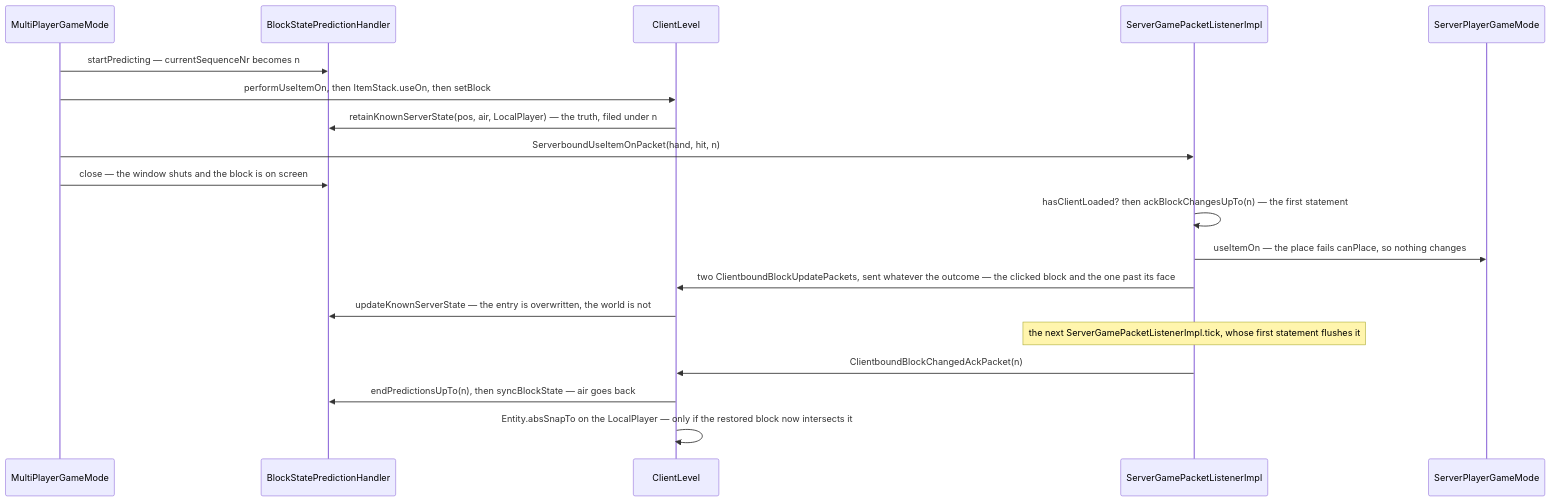
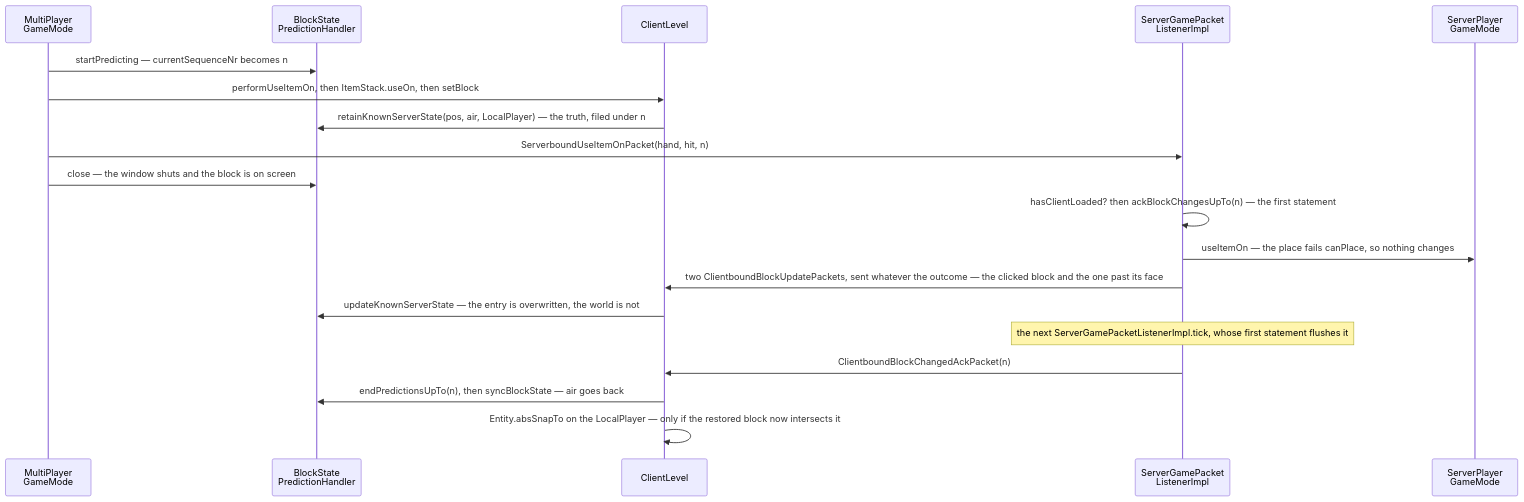
Before and after one commit to AlexanderjFraser/MinecraftDocs: the second of 2 diagrams in src/systems/client/prediction-and-acks.md, drawn with Mermaid. The commit also changed 68 other files, not shown here.

````diff
--- a/src/systems/client/prediction-and-acks.md
+++ b/src/systems/client/prediction-and-acks.md
@@ -122,22 +122,22 @@
 ```mermaid
 sequenceDiagram
-    participant MPGM as MultiPlayerGameMode
-    participant BSPH as BlockStatePredictionHandler
+    participant MPGM as MultiPlayer<br/>GameMode
+    participant BSPH as BlockState<br/>PredictionHandler
     participant CL as ClientLevel
-    participant SGPL as ServerGamePacketListenerImpl
-    participant SPGM as ServerPlayerGameMode
+    participant SGPL as ServerGamePacket<br/>ListenerImpl
+    participant SPGM as ServerPlayer<br/>GameMode
 
     MPGM->>BSPH: startPredicting — currentSequenceNr becomes n
     MPGM->>CL: performUseItemOn, then ItemStack.useOn, then setBlock
     CL->>BSPH: retainKnownServerState(pos, air, LocalPlayer) — the truth, filed under n
     MPGM->>SGPL: ServerboundUseItemOnPacket(hand, hit, n)
     MPGM->>BSPH: close — the window shuts and the block is on screen
     SGPL->>SGPL: hasClientLoaded? then ackBlockChangesUpTo(n) — the first statement
     SGPL->>SPGM: useItemOn — the place fails canPlace, so nothing changes
     SGPL->>CL: two ClientboundBlockUpdatePackets, sent whatever the outcome — the clicked block and the one past its face
     CL->>BSPH: updateKnownServerState — the entry is overwritten, the world is not
     Note over SGPL: the next ServerGamePacketListenerImpl.tick, whose first statement flushes it
     SGPL->>CL: ClientboundBlockChangedAckPacket(n)
     CL->>BSPH: endPredictionsUpTo(n), then syncBlockState — air goes back
     CL->>CL: Entity.absSnapTo on the LocalPlayer — only if the restored block now intersects it
 ```
````
